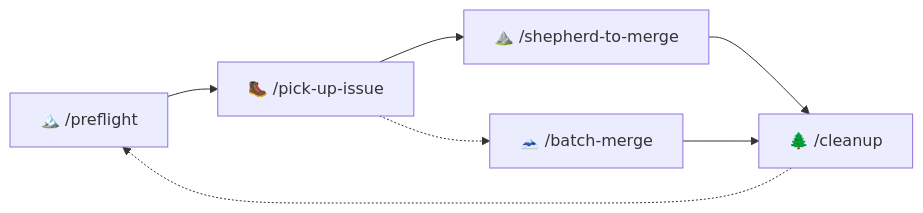
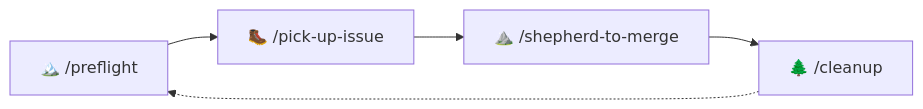
The diagram in README.md (bkonkle-dev/skills), drawn with Mermaid before and after one commit. The commit also changed other lines of this file and 7 other files, not shown here.

````diff
--- a/README.md
+++ b/README.md
@@ -93,9 +91,7 @@
 ```mermaid
 graph LR
     P[🏔️ /preflight] --> I[🥾 /pick-up-issue]
     I --> S[⛰️ /shepherd-to-merge]
-    I -.-> B[🗻 /batch-merge]
     S --> C[🌲 /cleanup]
-    B --> C
     C -.-> P
 ```
````
